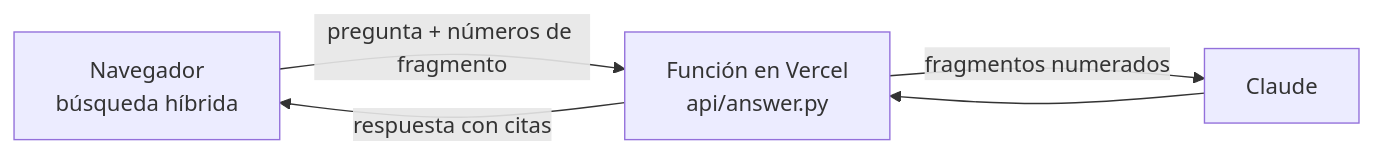
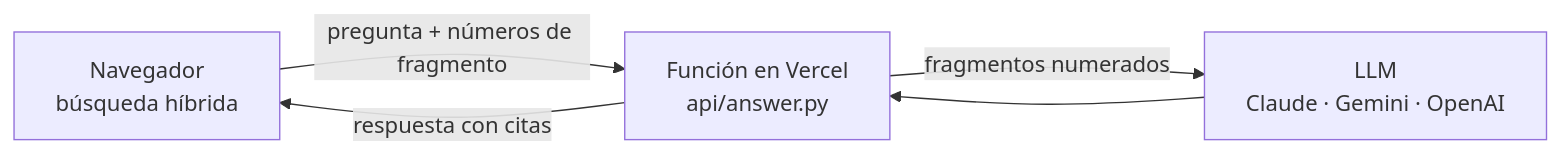
Before and after one commit to Andres-DLT/fundamenta-rag: the diagram in docs/despliegue.md, drawn with Mermaid. The commit also changed other lines of this file and 9 other files, not shown here.

First line of the commit message:
Proveedores compatibles con la API de OpenAI: Gemini, OpenAI y otros (#3)

````diff
--- a/docs/despliegue.md
+++ b/docs/despliegue.md
@@ -41,6 +43,6 @@
 ```mermaid
 flowchart LR
     N[Navegador<br/>búsqueda híbrida] -- pregunta + números de fragmento --> F[Función en Vercel<br/>api/answer.py]
-    F -- fragmentos numerados --> C[Claude]
+    F -- fragmentos numerados --> C[LLM<br/>Claude · Gemini · OpenAI]
     C --> F -- respuesta con citas --> N
 ```
````
